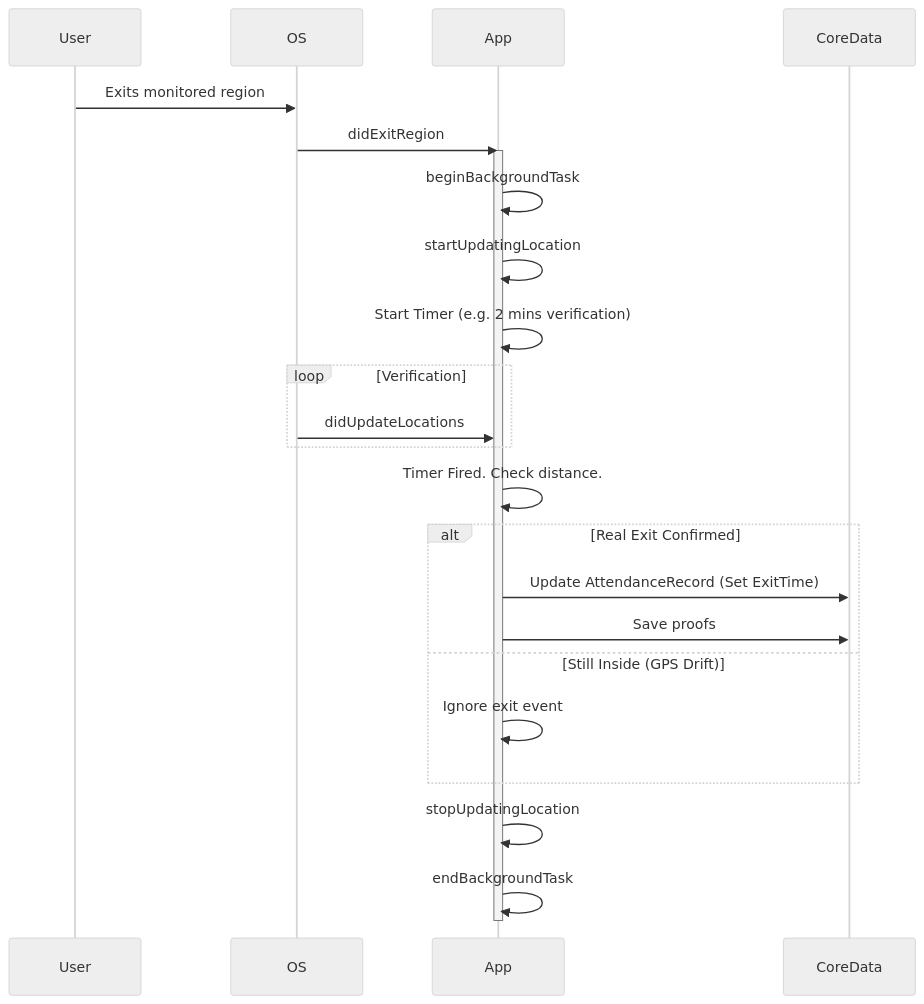
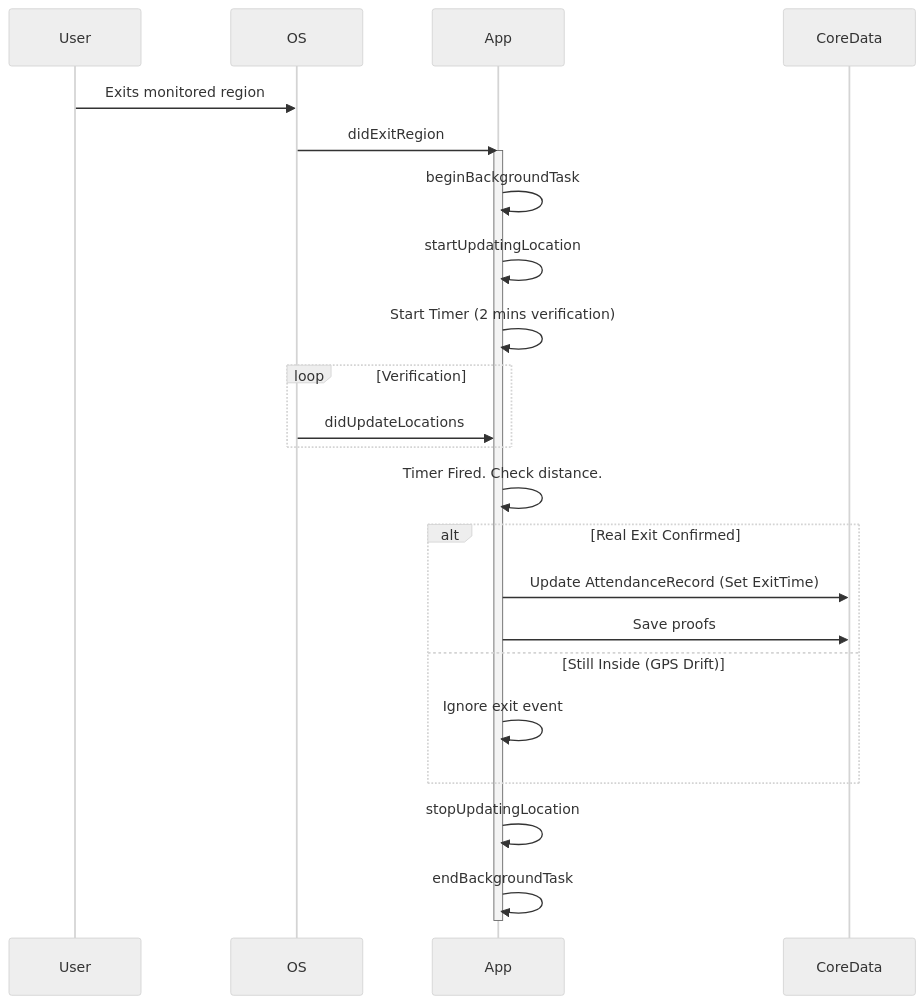
The second of 2 diagrams in docs/logic_flow.md (K0mork/GeoKintai), drawn with Mermaid (neutral theme) before and after one commit. The commit also changed 11 other files, not shown here.

````diff
--- a/docs/logic_flow.md
+++ b/docs/logic_flow.md
@@ -50,26 +50,26 @@
 ```mermaid
 sequenceDiagram
     User->>OS: Exits monitored region
     OS->>App: didExitRegion
     activate App
     App->>App: beginBackgroundTask
     App->>App: startUpdatingLocation
-    App->>App: Start Timer (e.g. 2 mins verification)
+    App->>App: Start Timer (2 mins verification)
     
     loop Verification
         OS->>App: didUpdateLocations
     end
     
     App->>App: Timer Fired. Check distance.
     
     alt Real Exit Confirmed
         App->>CoreData: Update AttendanceRecord (Set ExitTime)
         App->>CoreData: Save proofs
     else Still Inside (GPS Drift)
         App->>App: Ignore exit event
     end
     
     App->>App: stopUpdatingLocation
     App->>App: endBackgroundTask
     deactivate App
 ```
````
